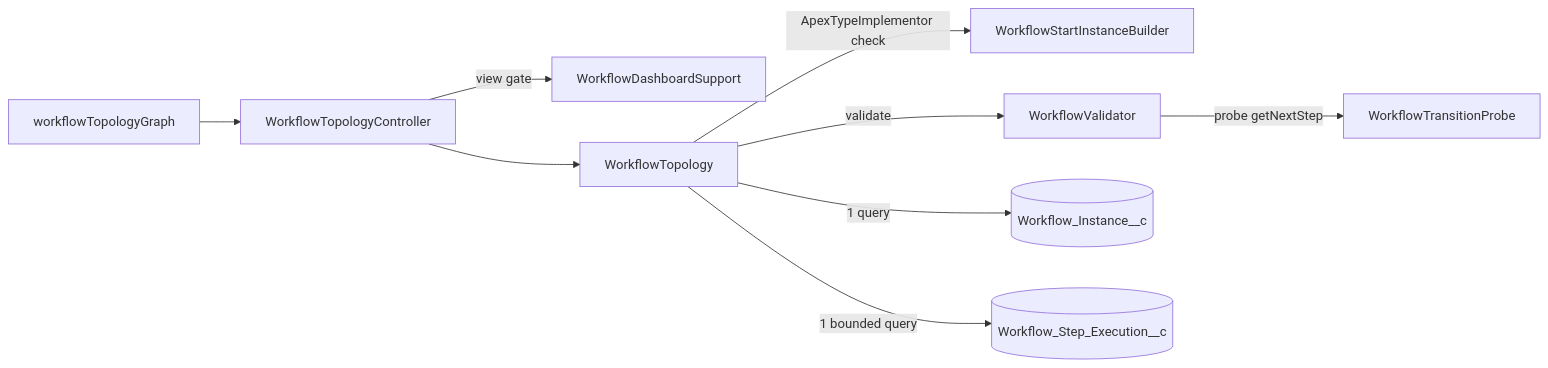
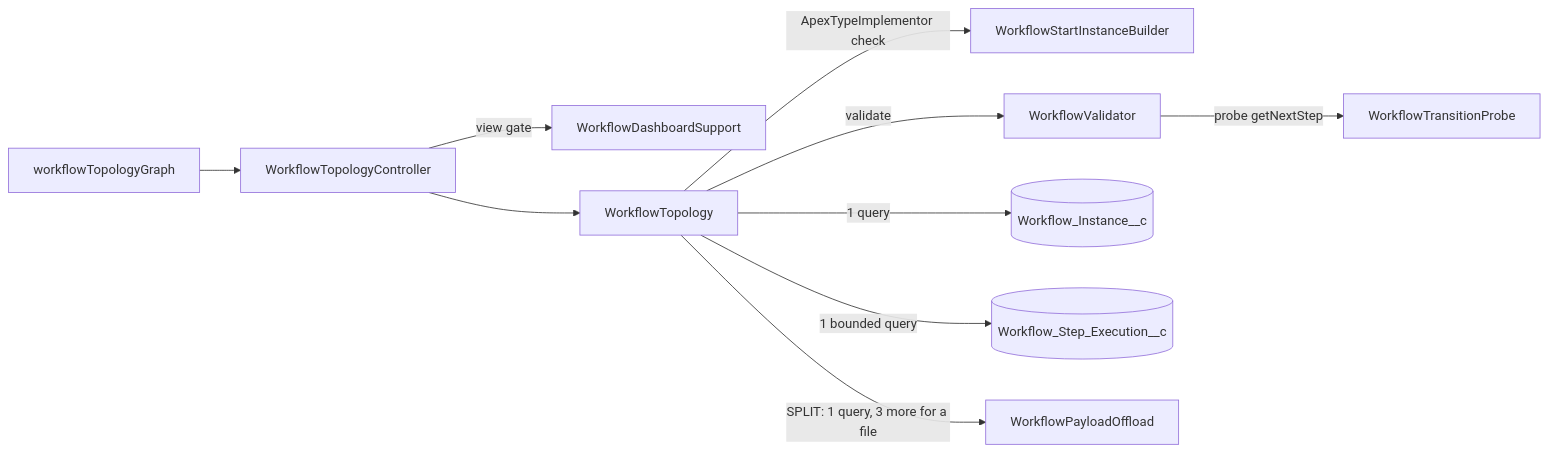
The diagram in docs/topology-graph.md (madmax983/revenant), drawn with Mermaid before and after one commit. The commit also changed other lines of this file and 6 other files, not shown here.

````diff
--- a/docs/topology-graph.md
+++ b/docs/topology-graph.md
@@ -28,11 +28,12 @@
 ```mermaid
 flowchart LR
     LWC[workflowTopologyGraph] --> C[WorkflowTopologyController]
     C -->|view gate| A[WorkflowDashboardSupport]
     C --> G[WorkflowTopology]
     G -->|ApexTypeImplementor check| B[WorkflowStartInstanceBuilder]
     G -->|validate| V[WorkflowValidator]
     V -->|probe getNextStep| P[WorkflowTransitionProbe]
     G -->|1 query| I[(Workflow_Instance__c)]
     G -->|1 bounded query| S[(Workflow_Step_Execution__c)]
+    G -->|SPLIT: 1 query, 3 more for a file| O[WorkflowPayloadOffload]
 ```
````
